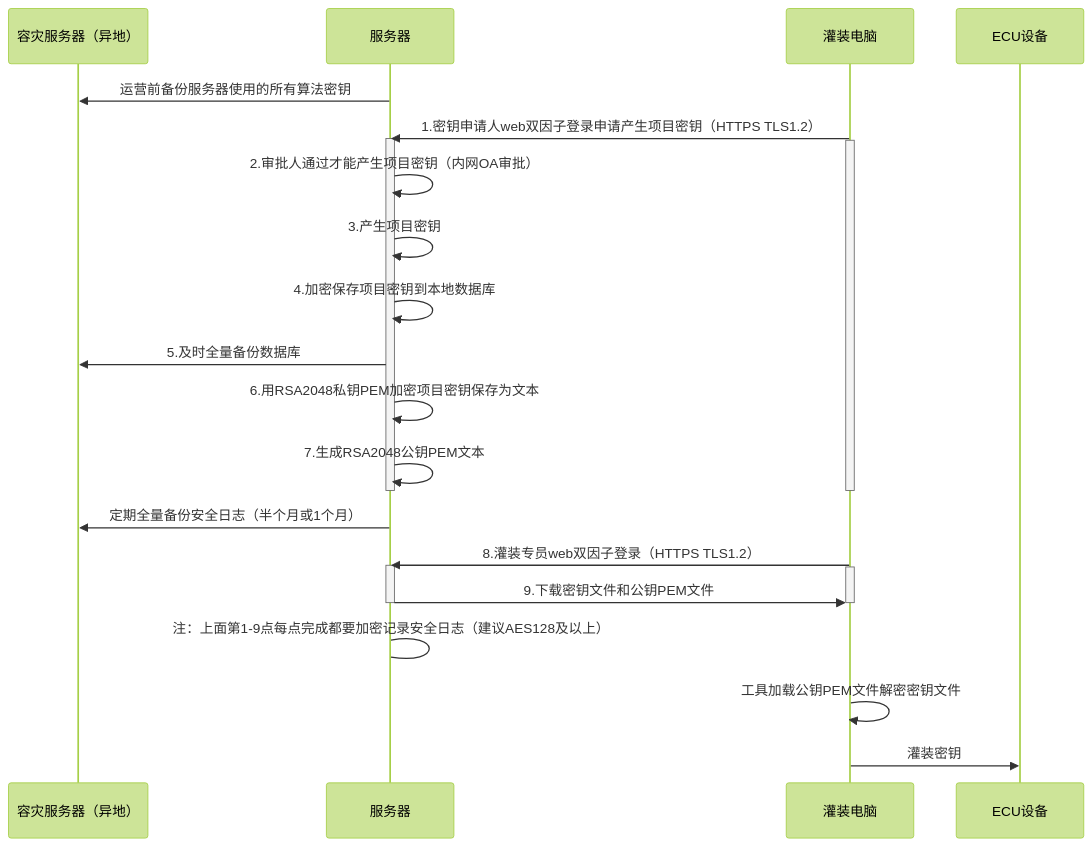
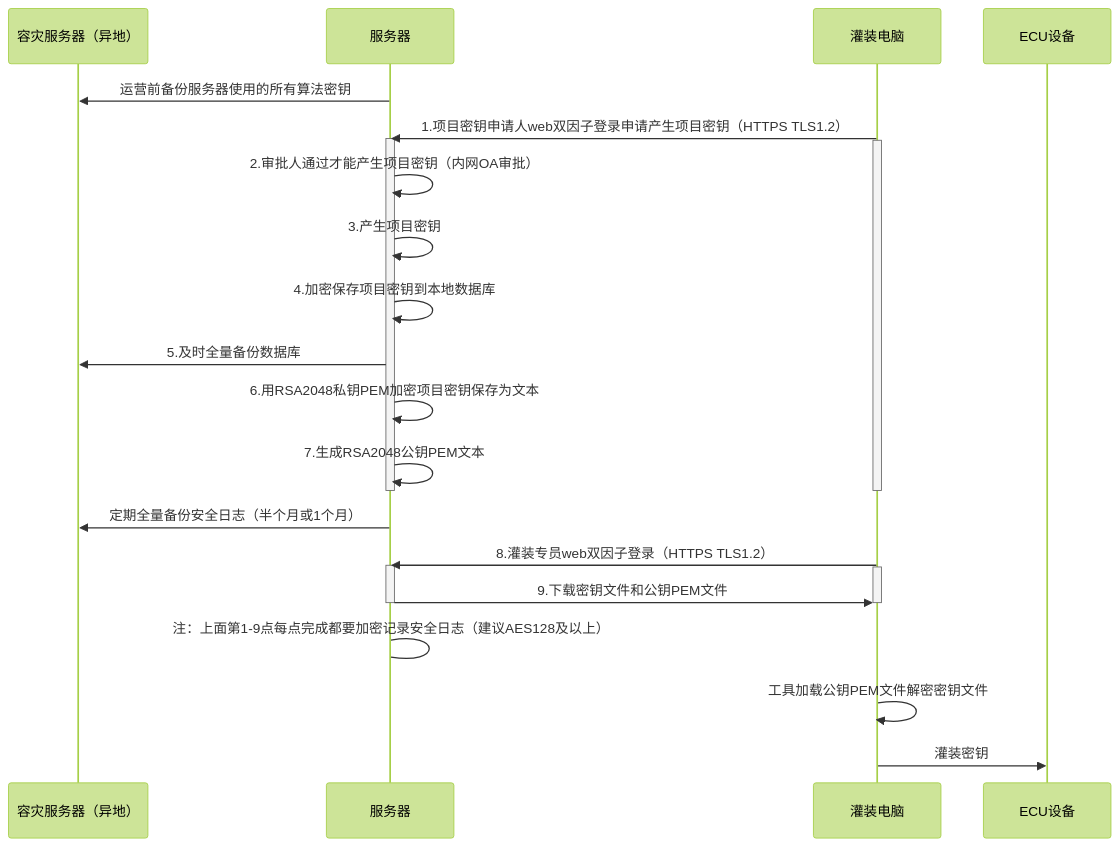
Before and after one commit to facebook-cloud/iodraw-files: the diagram in all/未命名-17.md, drawn with Mermaid (forest theme).

Commit message:
2026-03-05 20:40:36 update

````diff
--- a/all/未命名-17.md
+++ b/all/未命名-17.md
@@ -1,34 +1,34 @@
 ```mermaid
 sequenceDiagram
     participant A as 容灾服务器（异地）
     participant B as 服务器
     participant D as 灌装电脑
     participant E as ECU设备
 
     B->>A: 运营前备份服务器使用的所有算法密钥
-    D->>B: 1.密钥申请人web双因子登录申请产生项目密钥（HTTPS TLS1.2）
+    D->>B: 1.项目密钥申请人web双因子登录申请产生项目密钥（HTTPS TLS1.2）
     activate B
     activate D
     B->>B: 2.审批人通过才能产生项目密钥（内网OA审批）
     B->>B: 3.产生项目密钥
     B->>B: 4.加密保存项目密钥到本地数据库
     B->>A: 5.及时全量备份数据库
     B->>B: 6.用RSA2048私钥PEM加密项目密钥保存为文本
     B->>B: 7.生成RSA2048公钥PEM文本
     deactivate B
     deactivate D
 
     B->>A: 定期全量备份安全日志（半个月或1个月）
     
     D->>B: 8.灌装专员web双因子登录（HTTPS TLS1.2）
     activate B
     activate D
     B->>D: 9.下载密钥文件和公钥PEM文件
     deactivate B
     deactivate D
     B->B: 注：上面第1-9点每点完成都要加密记录安全日志（建议AES128及以上）
 
     D->>D:工具加载公钥PEM文件解密密钥文件
     
     D->>E: 灌装密钥
 ```
````
